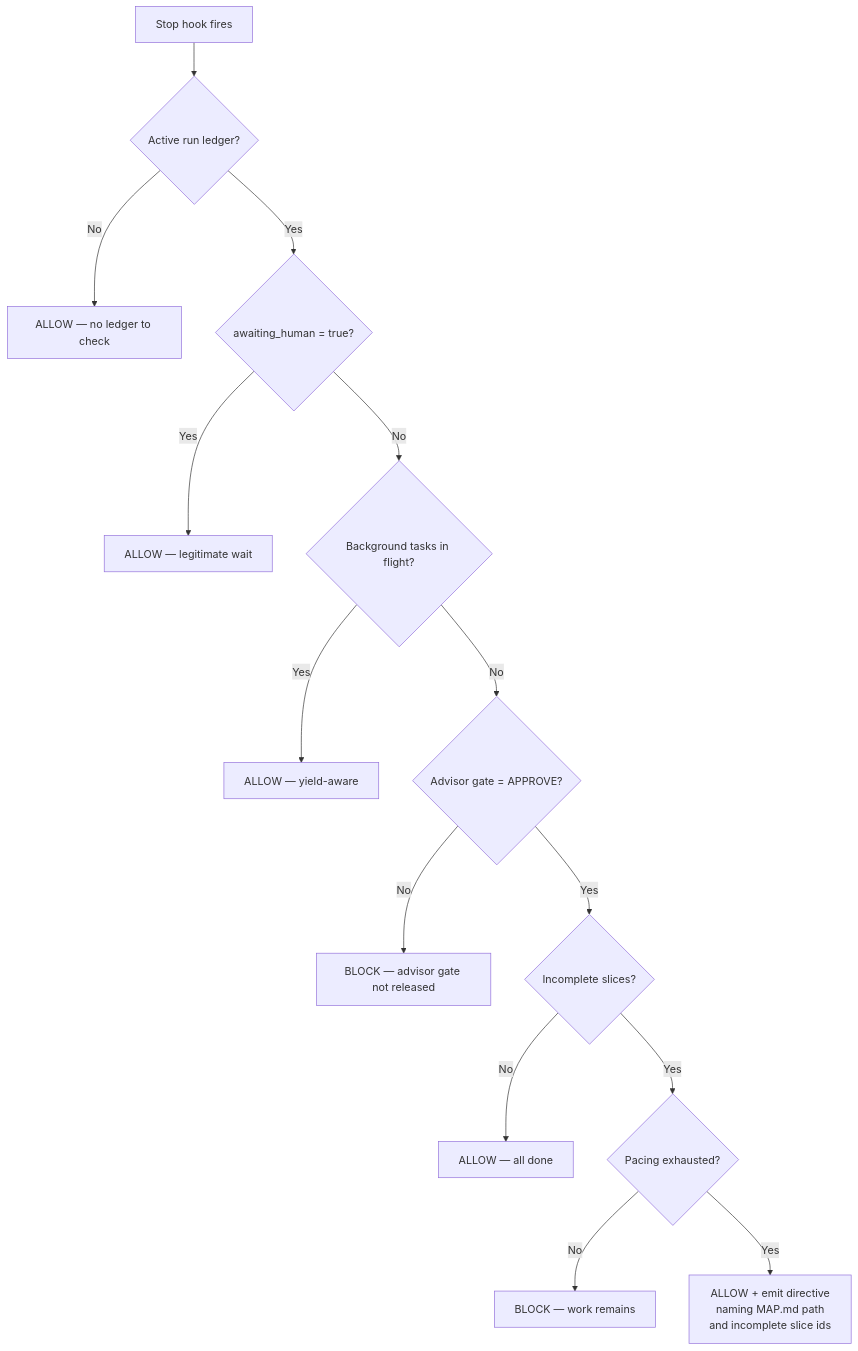
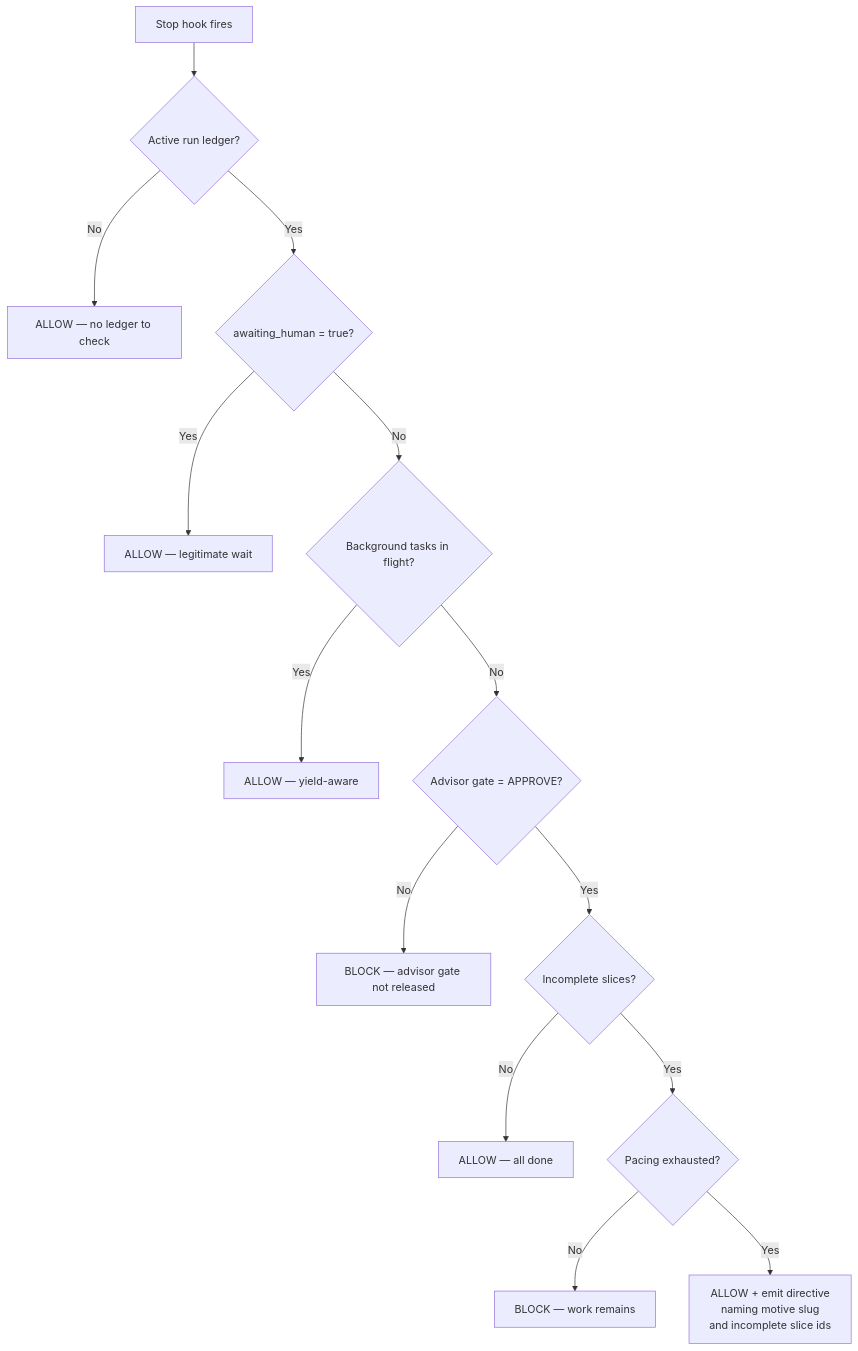
One commit to IniZio/groundwork changed the diagram in doc/specs/enforcement/design/flows/stop-gate-decision-path.md. Above: the diagram before and after it, drawn with Mermaid. The commit also changed other lines of this file and 16 other files, not shown here.

````diff
--- a/doc/specs/enforcement/design/flows/stop-gate-decision-path.md
+++ b/doc/specs/enforcement/design/flows/stop-gate-decision-path.md
@@ -12,16 +12,16 @@
 ```mermaid
 flowchart TD
     A[Stop hook fires] --> B{Active run ledger?}
     B -- No --> Z[ALLOW — no ledger to check]
     B -- Yes --> C{awaiting_human = true?}
     C -- Yes --> Z2[ALLOW — legitimate wait]
     C -- No --> D{Background tasks in flight?}
     D -- Yes --> Z3[ALLOW — yield-aware]
     D -- No --> E{Advisor gate = APPROVE?}
     E -- No --> BLOCK1[BLOCK — advisor gate not released]
     E -- Yes --> F{Incomplete slices?}
     F -- No --> Z4[ALLOW — all done]
     F -- Yes --> G{Pacing exhausted?}
     G -- No --> BLOCK2[BLOCK — work remains]
-    G -- Yes --> RELEASE[ALLOW + emit directive\nnaming MAP.md path\nand incomplete slice ids]
+    G -- Yes --> RELEASE[ALLOW + emit directive\nnaming motive slug\nand incomplete slice ids]
 ```
````
